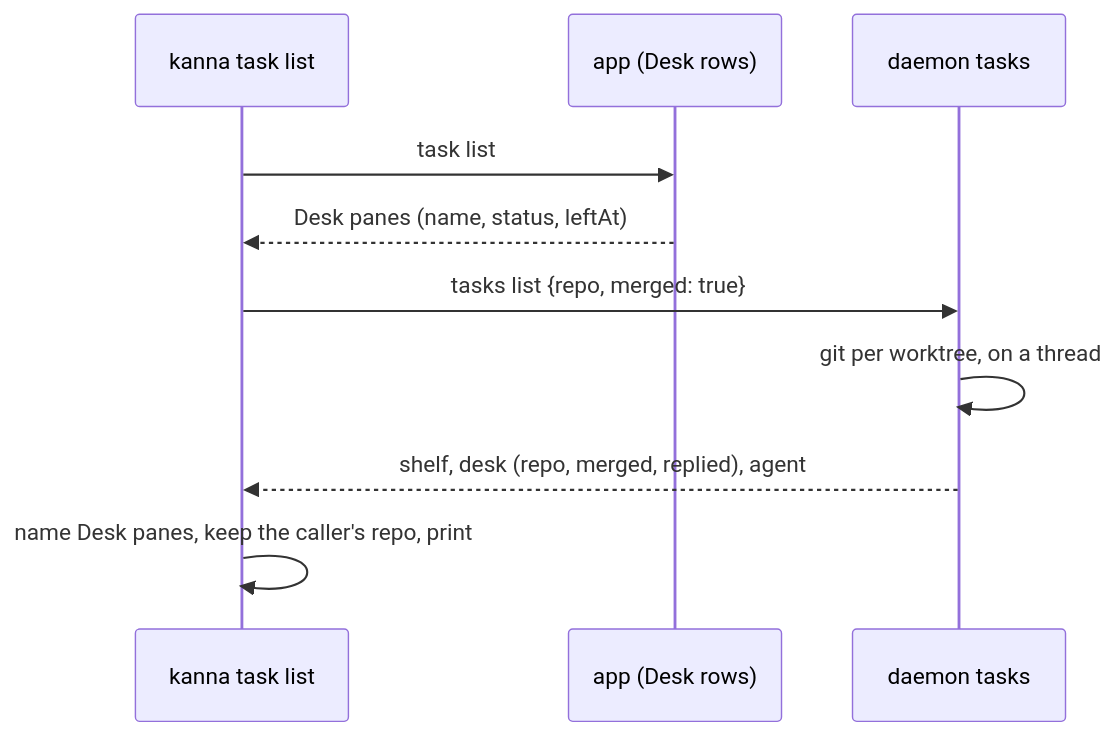
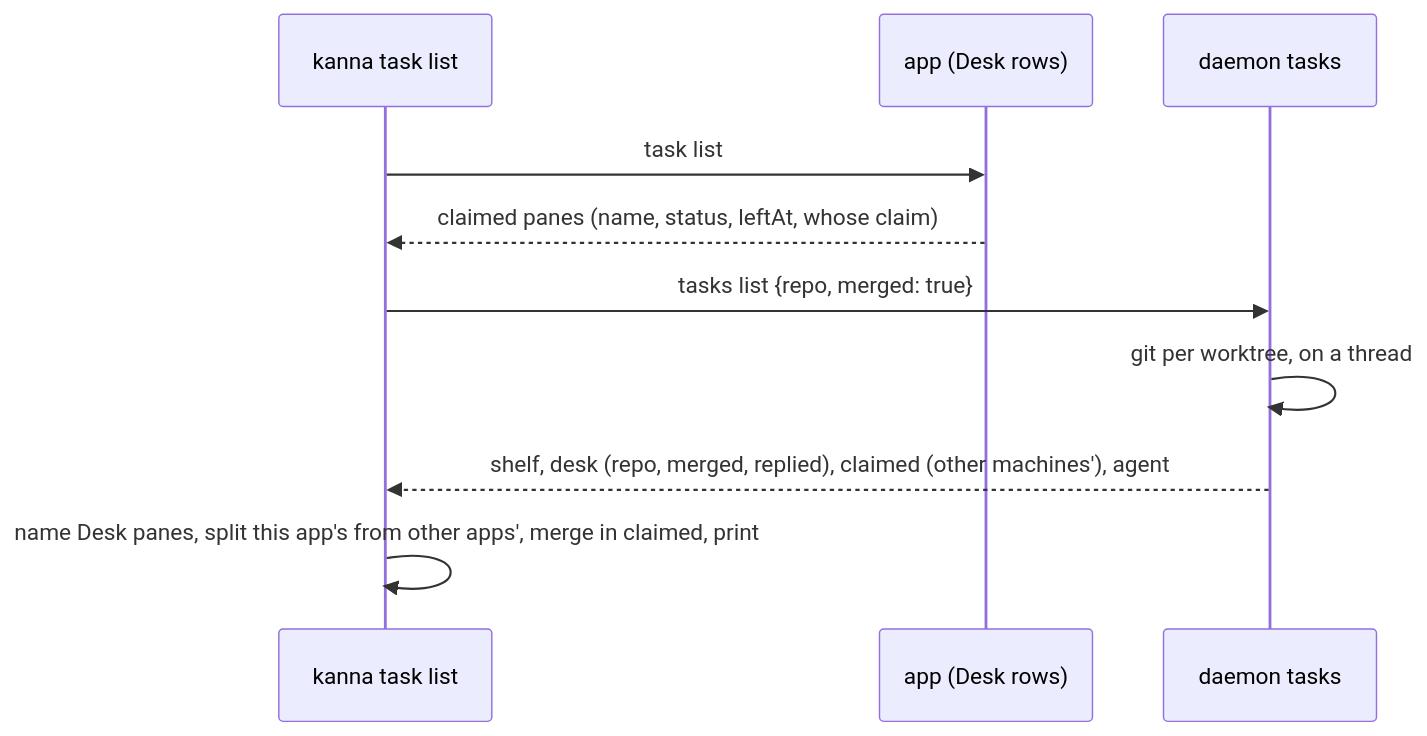
Before and after one commit to tampopogk/kanna: the second of 2 diagrams in docs/specs/task-list.md, drawn with Mermaid. The commit also changed other lines of this file and 4 other files, not shown here.

````diff
--- a/docs/specs/task-list.md
+++ b/docs/specs/task-list.md
@@ -124,12 +157,12 @@
 ```mermaid
 sequenceDiagram
     participant CLI as kanna task list
     participant App as app (Desk rows)
     participant D as daemon tasks
     CLI->>App: task list
-    App-->>CLI: Desk panes (name, status, leftAt)
+    App-->>CLI: claimed panes (name, status, leftAt, whose claim)
     CLI->>D: tasks list {repo, merged: true}
     D->>D: git per worktree, on a thread
-    D-->>CLI: shelf, desk (repo, merged, replied), agent
-    CLI->>CLI: name Desk panes, keep the caller's repo, print
+    D-->>CLI: shelf, desk (repo, merged, replied), claimed (other machines'), agent
+    CLI->>CLI: name Desk panes, split this app's from other apps', merge in claimed, print
 ```
````
